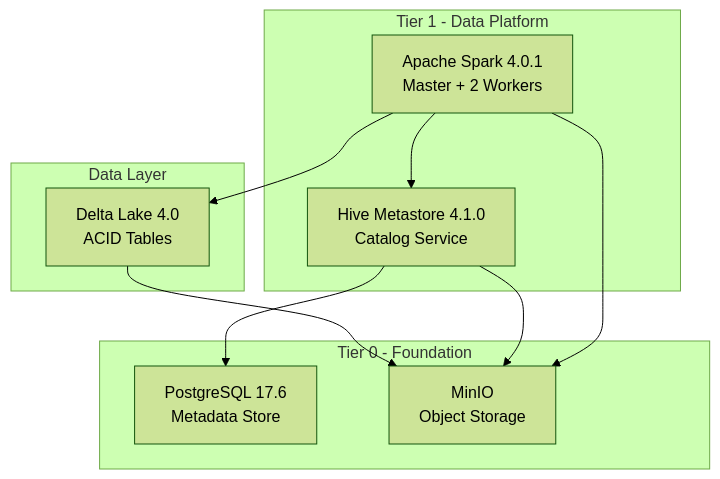
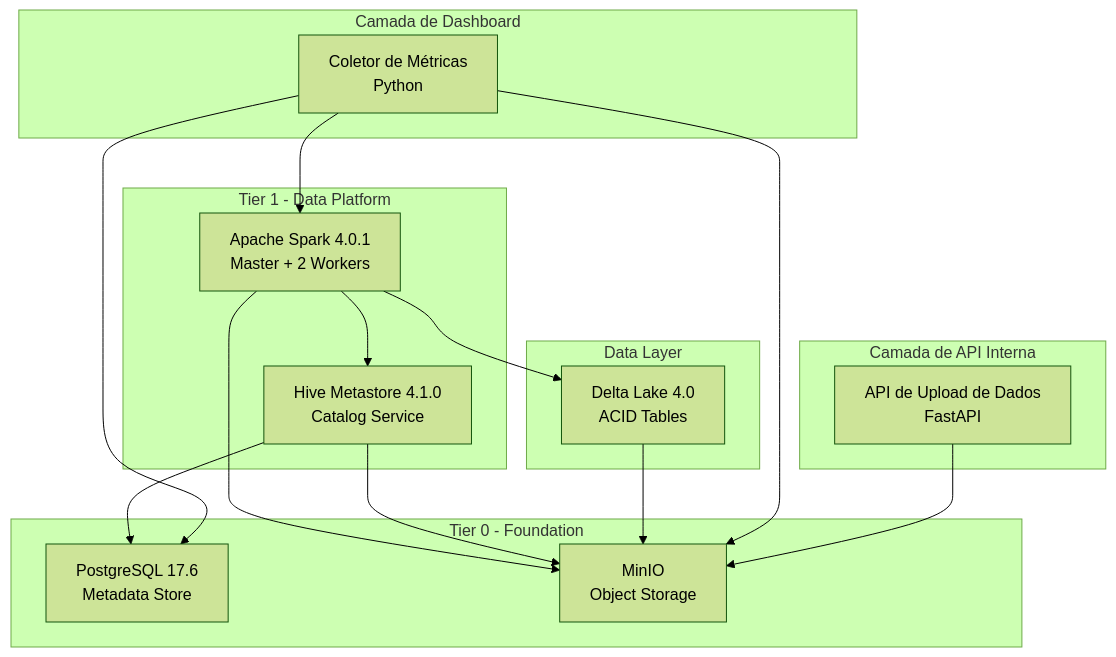
One commit to P-Bao/FlumenData changed the first of 3 diagrams in docs/getting-started/architecture.pt.md. Above: the diagram before and after it, drawn with Mermaid (forest theme). The commit also changed 29 other files, not shown here.

Commit message:
feat: Thêm Dashboard và API bao gồm trình thu thập số liệu, API tải dữ liệu, cấu hình Docker Compose mới và tài liệu.

````diff
--- a/docs/getting-started/architecture.pt.md
+++ b/docs/getting-started/architecture.pt.md
@@ -7,23 +7,35 @@
 ```mermaid
 graph TB
+    subgraph "Camada de API Interna"
+        API[API de Upload de Dados<br/>FastAPI]
+    end
+
+    subgraph "Camada de Dashboard"
+        COLLECTOR[Coletor de Métricas<br/>Python]
+    end
+
     subgraph "Tier 1 - Data Platform"
         SPARK[Apache Spark 4.0.1<br/>Master + 2 Workers]
         HIVE[Hive Metastore 4.1.0<br/>Catalog Service]
     end
 
     subgraph "Tier 0 - Foundation"
         POSTGRES[PostgreSQL 17.6<br/>Metadata Store]
         MINIO[MinIO<br/>Object Storage]
     end
 
     subgraph "Data Layer"
         DELTA[Delta Lake 4.0<br/>ACID Tables]
     end
 
+    API --> MINIO
+    COLLECTOR --> SPARK
+    COLLECTOR --> POSTGRES
+    COLLECTOR --> MINIO
     SPARK --> HIVE
     SPARK --> DELTA
     DELTA --> MINIO
     HIVE --> POSTGRES
     HIVE --> MINIO
     SPARK --> MINIO
 ```
````
